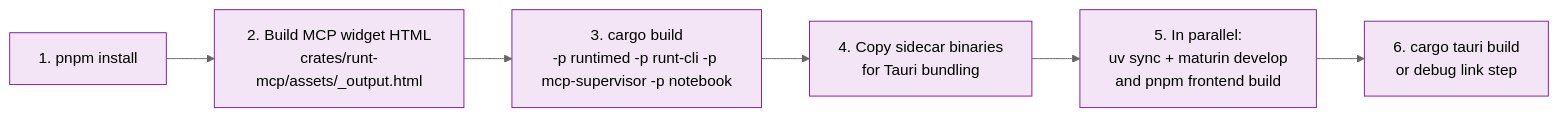
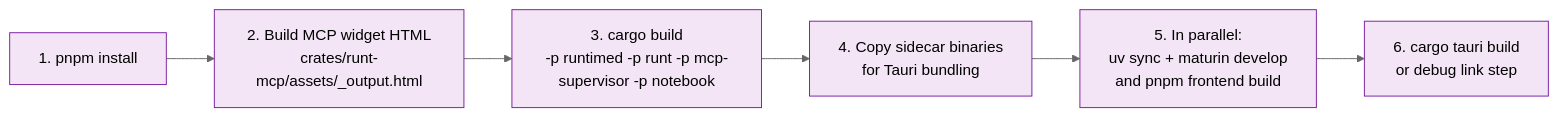
The second of 3 diagrams in contributing/build-dependencies.md (nteract/desktop), drawn with Mermaid (neutral theme) before and after one commit. The commit also changed other lines of this file and 18 other files, not shown here.

First line of the commit message:
refactor: rename runt-cli package to runt

````diff
--- a/contributing/build-dependencies.md
+++ b/contributing/build-dependencies.md
@@ -76,11 +76,11 @@
 ```mermaid
 graph LR
     A["1. pnpm install"] --> M["2. Build MCP widget HTML<br/>crates/runt-mcp/assets/_output.html"]
-    M --> R["3. cargo build<br/>-p runtimed -p runt-cli -p mcp-supervisor -p notebook"]
+    M --> R["3. cargo build<br/>-p runtimed -p runt -p mcp-supervisor -p notebook"]
     R --> E["4. Copy sidecar binaries<br/>for Tauri bundling"]
     E --> P["5. In parallel:<br/>uv sync + maturin develop<br/>and pnpm frontend build"]
     P --> F["6. cargo tauri build<br/>or debug link step"]
 
     classDef step fill:#f3e5f5,stroke:#7b1fa2
     class A,M,R,E,P,F step
 ```
````
